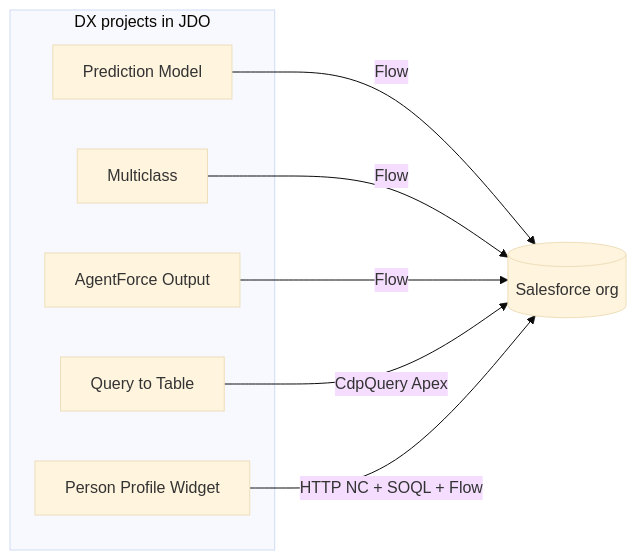
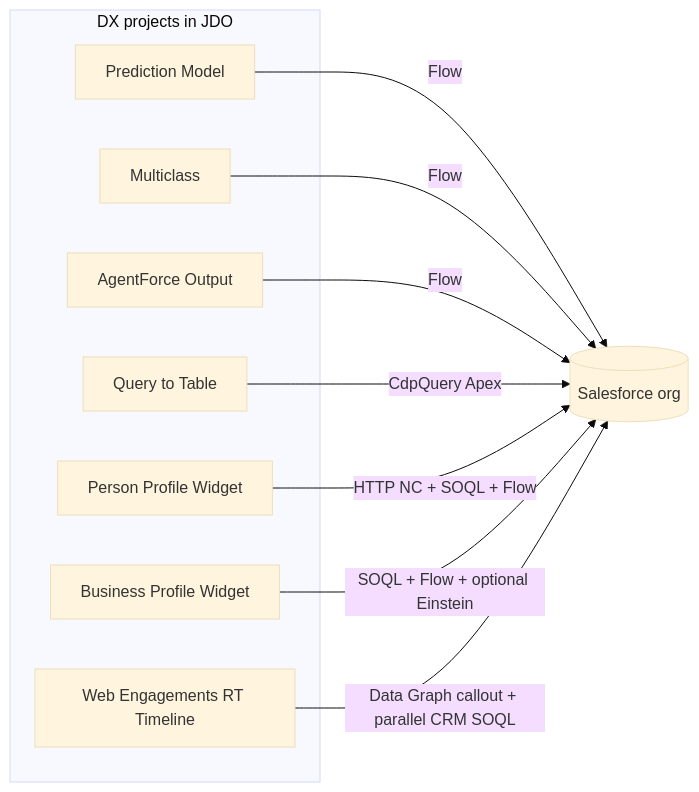
One commit to josers18/JDO changed the first of 6 diagrams in docs/DIAGRAMS.md. Above: the diagram before and after it, drawn with Mermaid (base theme). The commit also changed other lines of this file and 10 other files, not shown here.

First line of the commit message:
docs: refresh all docs to reflect post-revamp Web_Engagements_RT_Timeline

````diff
--- a/docs/DIAGRAMS.md
+++ b/docs/DIAGRAMS.md
@@ -7,16 +7,20 @@
 ```mermaid
 flowchart LR
     subgraph dx [DX projects in JDO]
         PM[Prediction Model]
         MC[Multiclass]
         AF[AgentForce Output]
         QT[Query to Table]
         PP[Person Profile Widget]
+        BP[Business Profile Widget]
+        WE[Web Engagements RT Timeline]
     end
     ORG[(Salesforce org)]
     PM -->|Flow| ORG
     MC -->|Flow| ORG
     AF -->|Flow| ORG
     QT -->|CdpQuery Apex| ORG
     PP -->|HTTP NC + SOQL + Flow| ORG
+    BP -->|SOQL + Flow + optional Einstein| ORG
+    WE -->|Data Graph callout + parallel CRM SOQL| ORG
 ```
````
